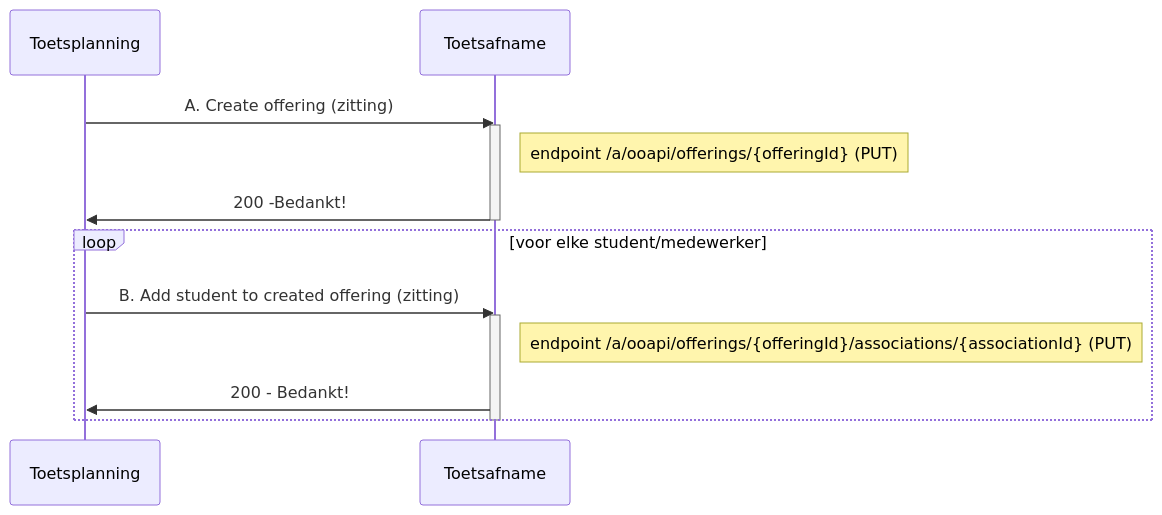
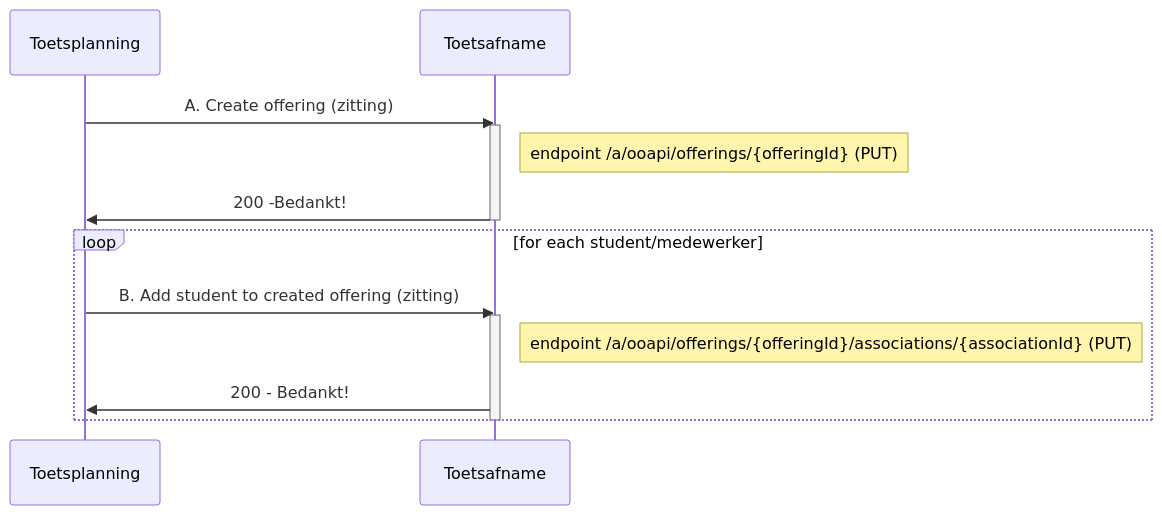
Before and after one commit to NetwerkExamineringDigitalisering/NED-OOAPI: the third of 8 diagrams in doc/flow2.md, drawn with Mermaid. The commit also changed other lines of this file, not shown here.

First line of the commit message:
Update flow2.md

````diff
--- a/doc/flow2.md
+++ b/doc/flow2.md
@@ -113,15 +113,15 @@
 ```mermaid
 sequenceDiagram
     Toetsplanning->>Toetsafname: A. Create offering (zitting)
     activate Toetsafname
     Note right of Toetsafname: endpoint /a/ooapi/offerings/{offeringId} (PUT)
     Toetsafname->>Toetsplanning: 200 -Bedankt!
     deactivate Toetsafname
-    loop voor elke student/medewerker
+    loop for each student/medewerker
         Toetsplanning->>Toetsafname: B. Add student to created offering (zitting)
         activate Toetsafname
         Note right of Toetsafname: endpoint /a/ooapi/offerings/{offeringId}/associations/{associationId} (PUT)
         Toetsafname->>Toetsplanning: 200 - Bedankt!
     end
     deactivate Toetsafname
 ```
````
